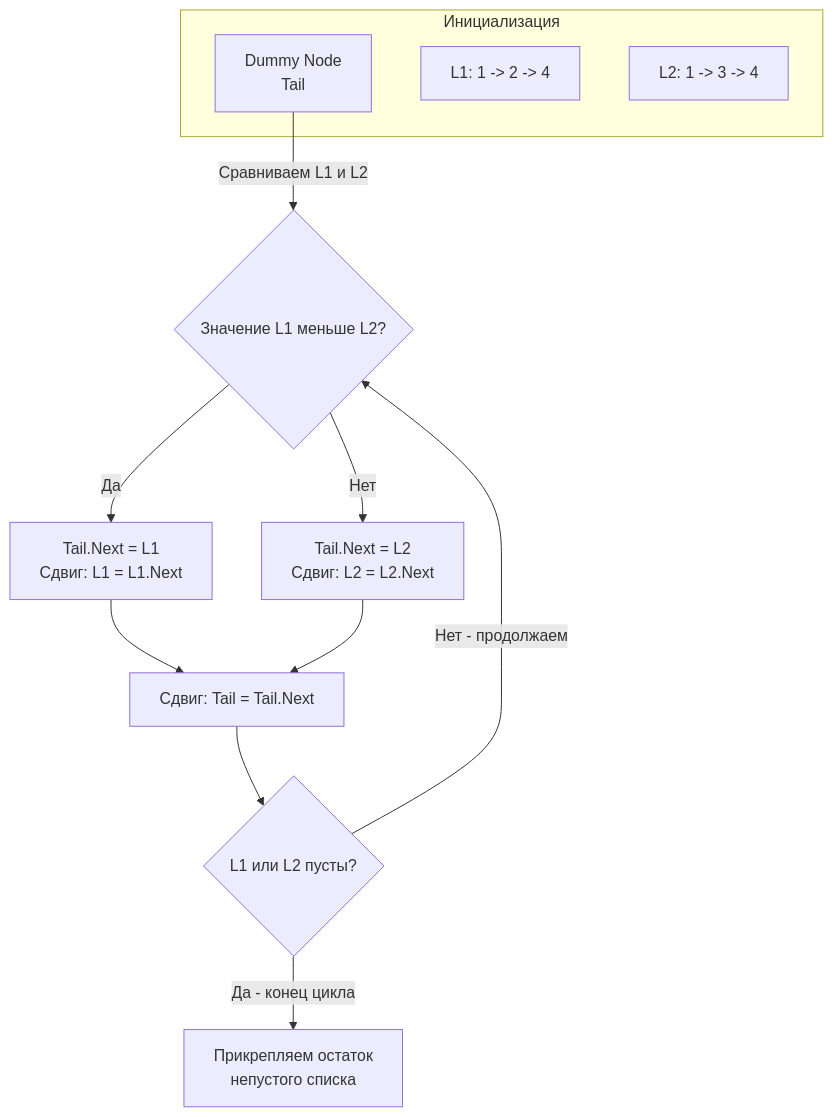
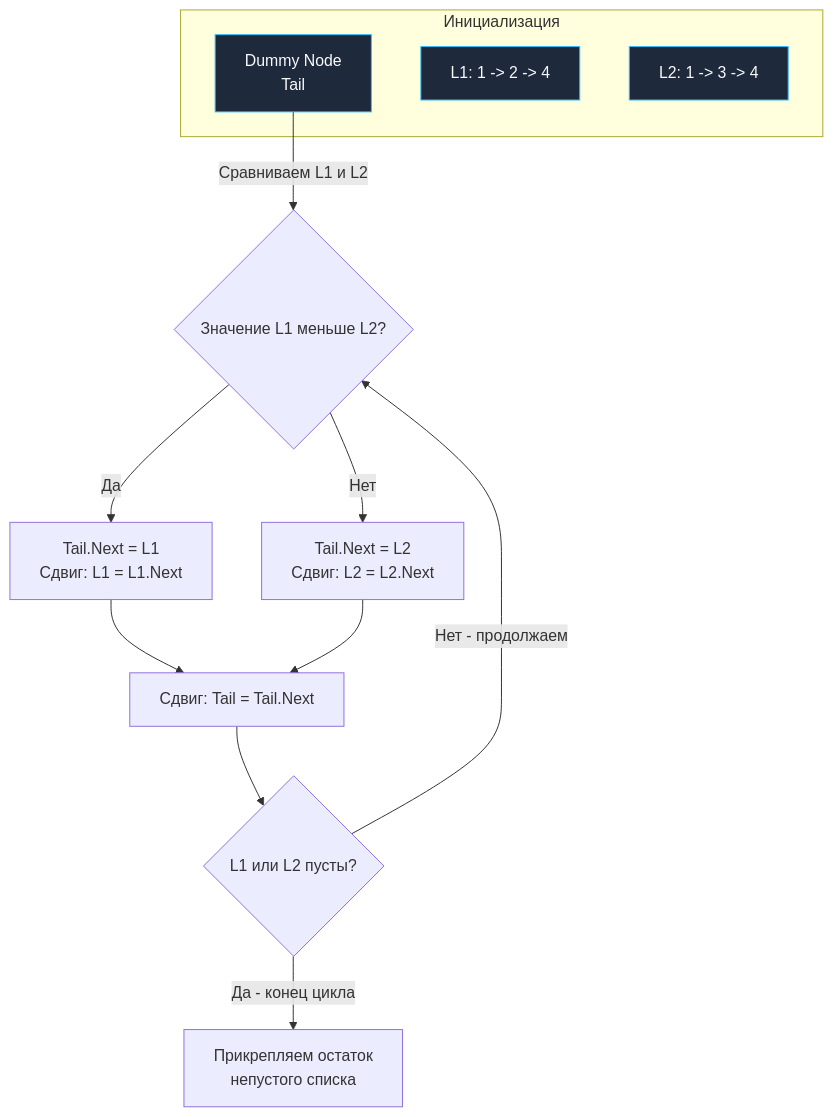
One commit to UnrealTemplier/go-textbook changed the diagram in sources/21. Задачи с LeetCode и собеседований на Go/02. Задачи/08. Связные списки/4. Merge Two Sorted Lists.md. Above: the diagram before and after it, drawn with Mermaid. The commit also changed 1666 other files, not shown here.

First line of the commit message:
feat(mermaid): add semantic color classDef to 1369 colorless flowchart/graph diagrams

````diff
--- a/sources/21. Задачи с LeetCode и собеседований на Go/02. Задачи/08. Связные списки/4. Merge Two Sorted Lists.md
+++ b/sources/21. Задачи с LeetCode и собеседований на Go/02. Задачи/08. Связные списки/4. Merge Two Sorted Lists.md
@@ -20,19 +20,29 @@
 ```mermaid
 flowchart TD
+    classDef process  fill:#1e293b,stroke:#38bdf8,stroke-width:1px,color:#f8fafc
+    classDef success  fill:#064e3b,stroke:#34d399,stroke-width:1px,color:#f8fafc
+    classDef error    fill:#7f1d1d,stroke:#f87171,stroke-width:1px,color:#f8fafc
+    classDef warning  fill:#78350f,stroke:#fbbf24,stroke-width:1px,color:#f8fafc
+    classDef entry    fill:#1e3a5f,stroke:#38bdf8,stroke-width:2px,color:#f8fafc
+    classDef aux      fill:#334155,stroke:#64748b,stroke-width:1px,color:#f8fafc
+    classDef system   fill:#312e81,stroke:#a78bfa,stroke-width:1px,color:#f8fafc
+    classDef data     fill:#132d29,stroke:#2dd4bf,stroke-width:1px,color:#f8fafc
+    classDef network  fill:#881337,stroke:#fb7185,stroke-width:1px,color:#f8fafc
+    classDef accent   fill:#1e1b4b,stroke:#818cf8,stroke-width:1px,color:#f8fafc
     subgraph Инициализация
-        Dummy["Dummy Node<br>Tail"]
-        L1["L1: 1 -> 2 -> 4"]
-        L2["L2: 1 -> 3 -> 4"]
+        Dummy["Dummy Node<br>Tail"]:::process
+        L1["L1: 1 -> 2 -> 4"]:::process
+        L2["L2: 1 -> 3 -> 4"]:::process
     end
 
     Dummy -->|"Сравниваем L1 и L2"| Compare{"Значение L1 меньше L2?"}
     Compare -->|"Да"| AttachL1["Tail.Next = L1<br>Сдвиг: L1 = L1.Next"]
     Compare -->|"Нет"| AttachL2["Tail.Next = L2<br>Сдвиг: L2 = L2.Next"]
 
     AttachL1 --> MoveTail["Сдвиг: Tail = Tail.Next"]
     AttachL2 --> MoveTail
     MoveTail --> CheckEmpty{"L1 или L2 пусты?"}
 
     CheckEmpty -->|"Нет - продолжаем"| Compare
     CheckEmpty -->|"Да - конец цикла"| AttachRest["Прикрепляем остаток<br>непустого списка"]
 ```
````
